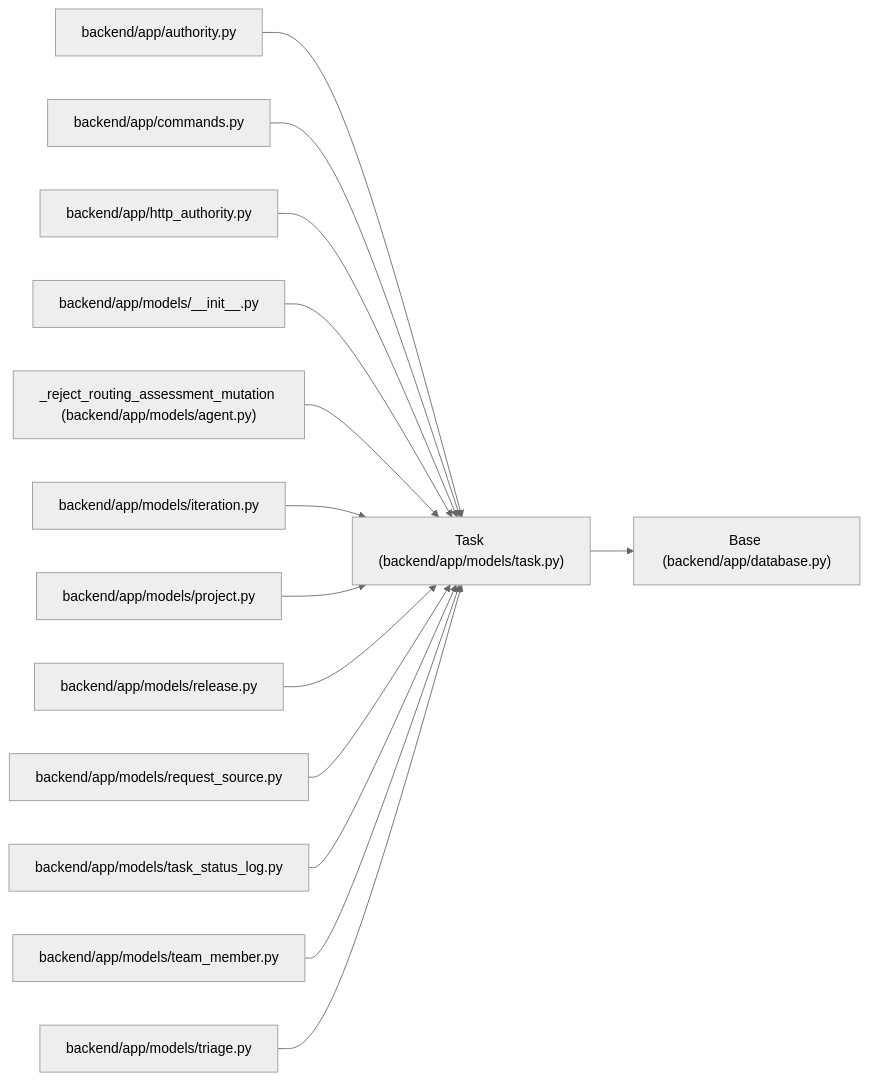
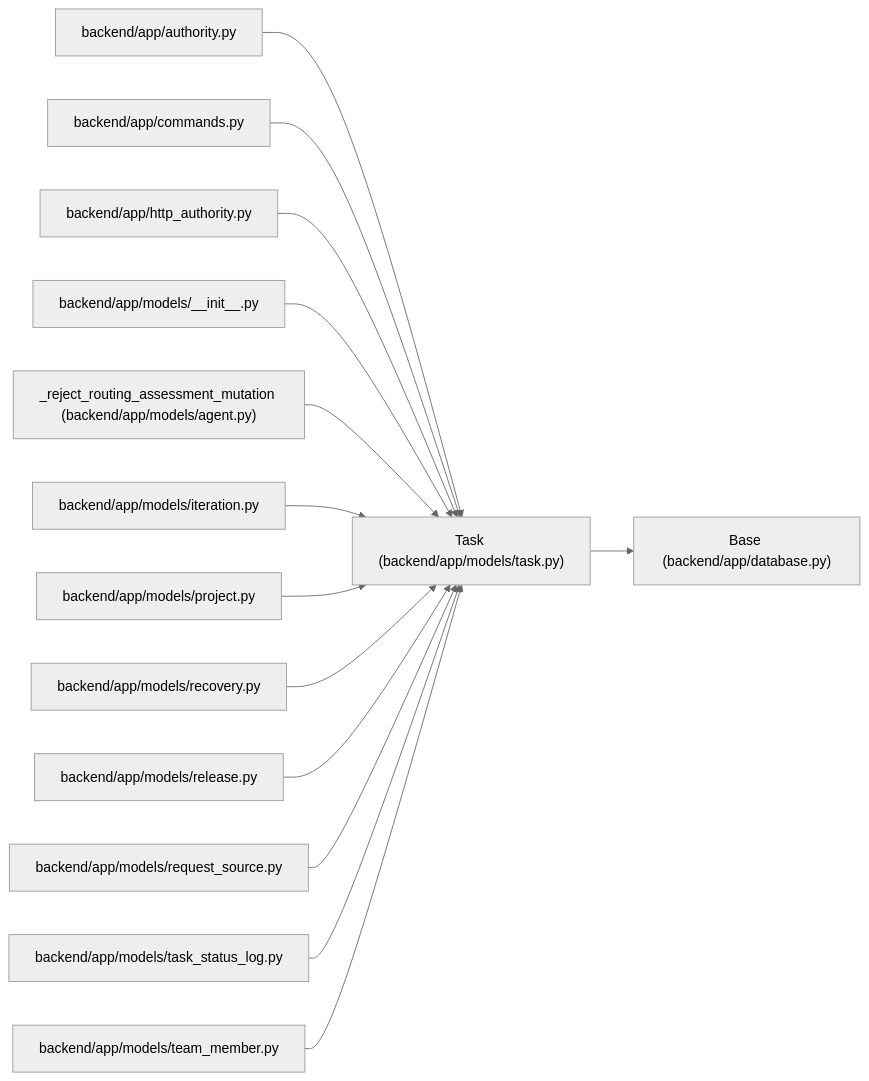
Before and after one commit to Denissvgn/WorkChord: the diagram in docs/llm_wiki/entities/models_task_Task.md, drawn with Mermaid (neutral theme). The commit also changed other lines of this file and 1238 other files, not shown here.

First line of the commit message:
docs(wiki): publish compact canonical domain architecture

````diff
--- a/docs/llm_wiki/entities/models_task_Task.md
+++ b/docs/llm_wiki/entities/models_task_Task.md
@@ -83,44 +109,44 @@
 ```mermaid
 flowchart LR
     n0["Task (backend/app/models/task.py)"]
     n1["Base (backend/app/database.py)"]
     n2["backend/app/authority.py"]
     n3["backend/app/commands.py"]
     n4["backend/app/http_authority.py"]
     n5["backend/app/models/__init__.py"]
     n6["_reject_routing_assessment_mutation (backend/app/models/agent.py)"]
     n7["backend/app/models/iteration.py"]
     n8["backend/app/models/project.py"]
-    n9["backend/app/models/release.py"]
-    n10["backend/app/models/request_source.py"]
-    n11["backend/app/models/task_status_log.py"]
-    n12["backend/app/models/team_member.py"]
-    n13["backend/app/models/triage.py"]
+    n9["backend/app/models/recovery.py"]
+    n10["backend/app/models/release.py"]
+    n11["backend/app/models/request_source.py"]
+    n12["backend/app/models/task_status_log.py"]
+    n13["backend/app/models/team_member.py"]
     n0 --> n1
     n2 --> n0
     n3 --> n0
     n4 --> n0
     n5 --> n0
     n6 --> n0
     n7 --> n0
     n8 --> n0
     n9 --> n0
     n10 --> n0
     n11 --> n0
     n12 --> n0
     n13 --> n0
     click n0 "../modules/models_task.md"
     click n1 "../modules/app_database.md"
     click n2 "../modules/authority.md"
     click n3 "../modules/commands.md"
     click n4 "../modules/http_authority.md"
     click n5 "../modules/models___init__.md"
     click n6 "../modules/models_agent.md"
     click n7 "../modules/models_iteration.md"
     click n8 "../modules/models_project.md"
-    click n9 "../modules/models_release.md"
-    click n10 "../modules/models_request_source.md"
-    click n11 "../modules/task_status_log.md"
-    click n12 "../modules/team_member.md"
-    click n13 "../modules/models_triage.md"
+    click n9 "../modules/recovery.md"
+    click n10 "../modules/models_release.md"
+    click n11 "../modules/models_request_source.md"
+    click n12 "../modules/task_status_log.md"
+    click n13 "../modules/team_member.md"
 ```
````
